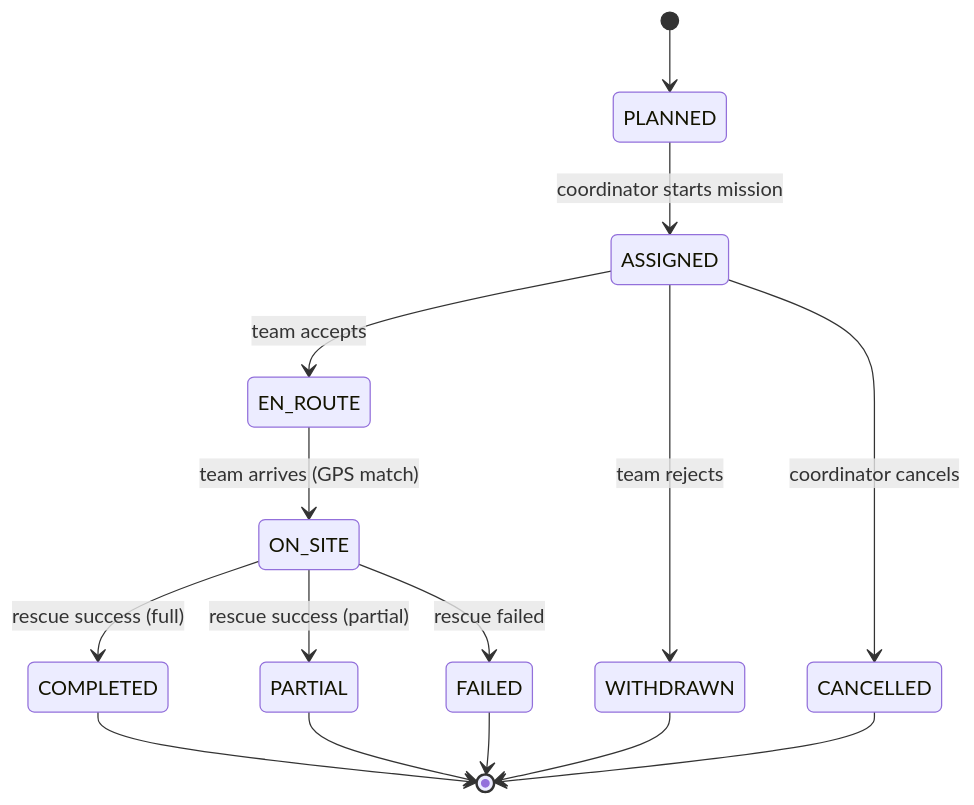
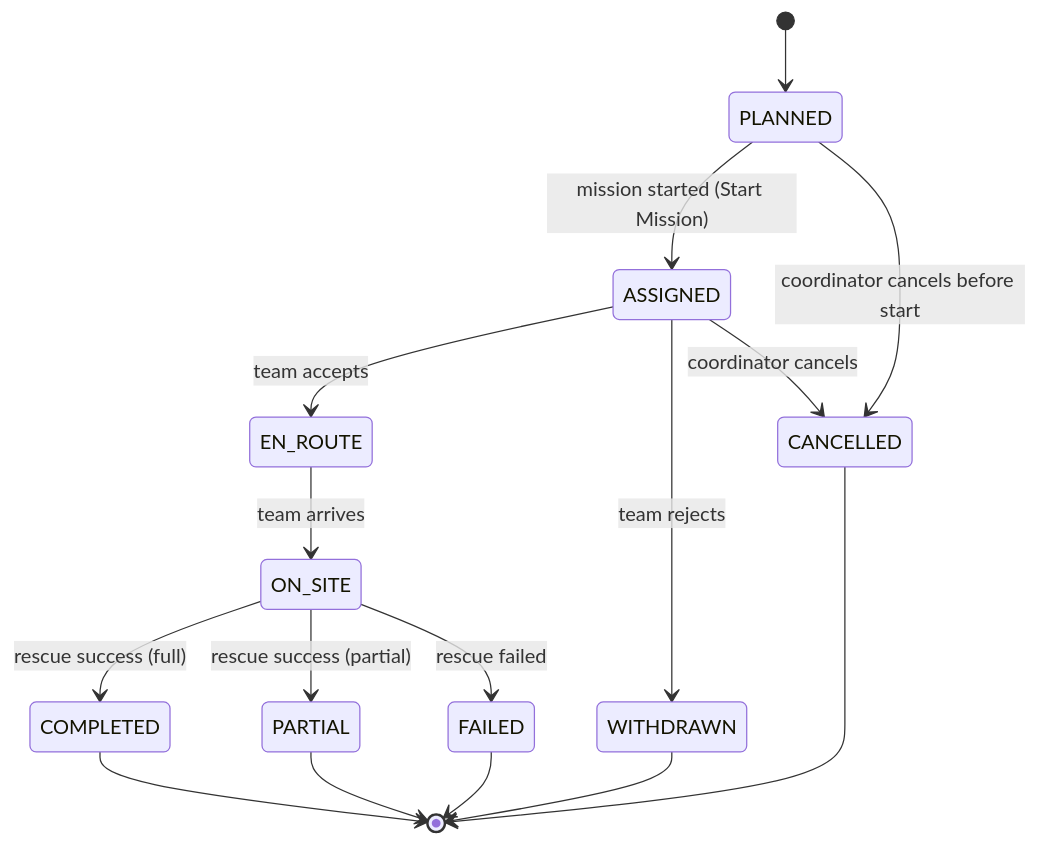
Before and after one commit to phuonganh1609/flood_rescue: the fourth of 9 diagrams in docs/flows/Rescue_flow_2.2.md, drawn with Mermaid. The commit also changed other lines of this file and 23 other files, not shown here.

Commit message:
refactor: làm lại luồng mission và logic, erd

````diff
--- a/docs/flows/Rescue_flow_2.2.md
+++ b/docs/flows/Rescue_flow_2.2.md
@@ -217,23 +97,23 @@
 ```mermaid
 stateDiagram-v2
     [*] --> PLANNED
 
-    PLANNED --> ASSIGNED : coordinator starts mission
+    PLANNED --> ASSIGNED : mission started (Start Mission)
+    PLANNED --> CANCELLED : coordinator cancels before start
 
     ASSIGNED --> EN_ROUTE : team accepts
     ASSIGNED --> WITHDRAWN : team rejects
+    ASSIGNED --> CANCELLED : coordinator cancels
 
-    EN_ROUTE --> ON_SITE : team arrives (GPS match)
+    EN_ROUTE --> ON_SITE : team arrives
 
     ON_SITE --> COMPLETED : rescue success (full)
     ON_SITE --> PARTIAL : rescue success (partial)
     ON_SITE --> FAILED : rescue failed
-
-    ASSIGNED --> CANCELLED : coordinator cancels
 
     COMPLETED --> [*]
     PARTIAL --> [*]
     FAILED --> [*]
     WITHDRAWN --> [*]
     CANCELLED --> [*]
 ```
````
